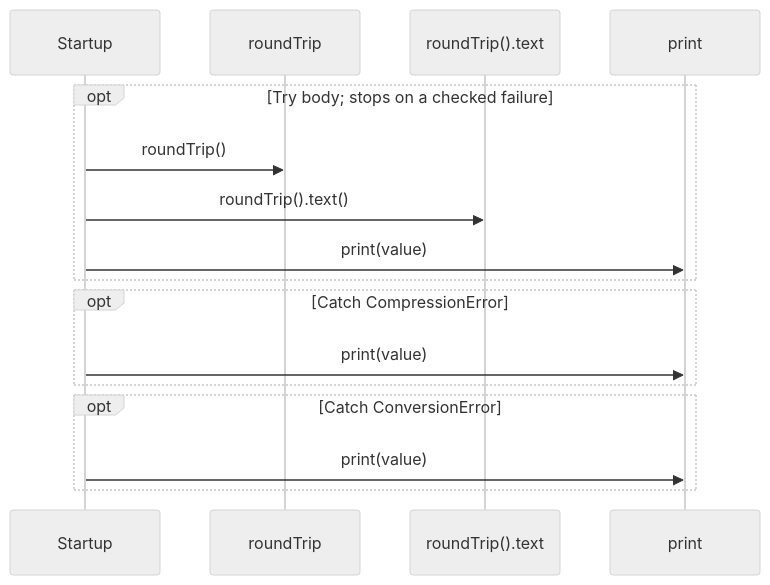
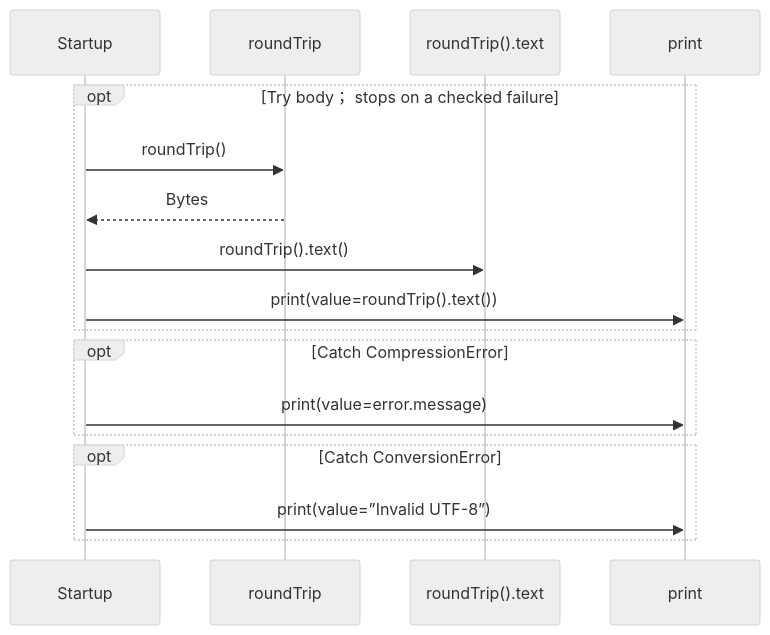
The second of 2 diagrams in docs/examples/native-zlib/main-diagrams.md (GreenPandaStudios/augscript), drawn with Mermaid (neutral theme) before and after one commit. The commit also changed other lines of this file and 524 other files, not shown here.

Commit message:
Explain checked data flow at folder and service levels

````diff
--- a/docs/examples/native-zlib/main-diagrams.md
+++ b/docs/examples/native-zlib/main-diagrams.md
@@ -40,18 +39,19 @@
 ```mermaid
 sequenceDiagram
     participant p0 as Startup
     participant p1 as roundTrip
     participant p2 as roundTrip().text
     participant p3 as print
-    opt Try body#59; stops on a checked failure
+    opt Try body； stops on a checked failure
     p0->>p1: roundTrip()
+    p1-->>p0: Bytes
     p0->>p2: roundTrip().text()
-    p0->>p3: print(value)
+    p0->>p3: print(value=roundTrip().text())
     end
     opt Catch CompressionError
-    p0->>p3: print(value)
+    p0->>p3: print(value=error.message)
     end
     opt Catch ConversionError
-    p0->>p3: print(value)
+    p0->>p3: print(value=”Invalid UTF-8”)
     end
 ```
````
